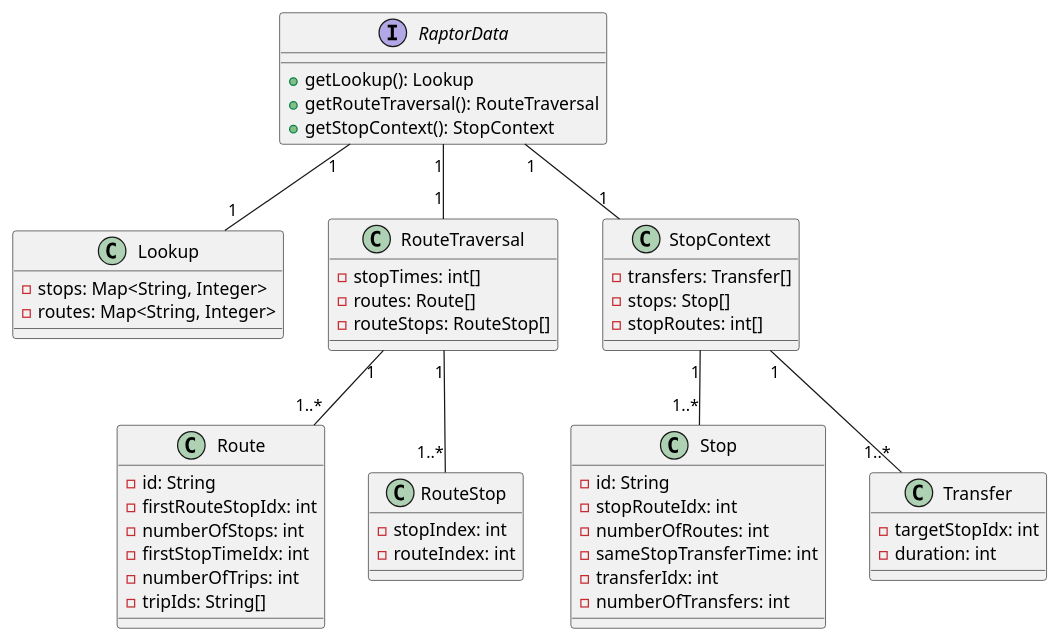
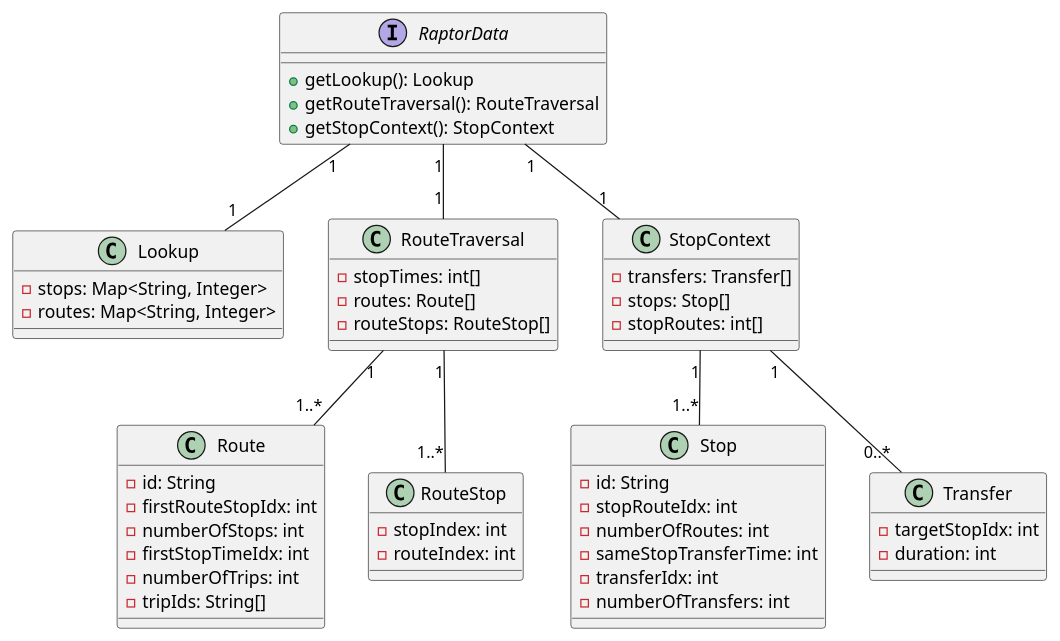
The first of 2 diagrams in Writerside/topics/simple-raptor.md (naviqore/documentation), drawn with PlantUML before and after one commit.

Commit message:
DOC: NAV-170 - Clarify that transfers can be of length 0 in class diagram.

````diff
--- a/Writerside/topics/simple-raptor.md
+++ b/Writerside/topics/simple-raptor.md
@@ -61,66 +61,66 @@
 ```plantuml
 @startuml
 
 interface RaptorData {
     + getLookup(): Lookup
     + getRouteTraversal(): RouteTraversal
     + getStopContext(): StopContext
 }
 
 class Lookup {
    - stops: Map<String, Integer>
    - routes: Map<String, Integer>
 }
 
 class RouteTraversal {
    - stopTimes: int[]
    - routes: Route[]
    - routeStops: RouteStop[]
 }
 
 class StopContext {
     - transfers: Transfer[]
     - stops: Stop[]
     - stopRoutes: int[]
 }
 
 
 class Route {
   - id: String
   - firstRouteStopIdx: int
   - numberOfStops: int
   - firstStopTimeIdx: int
   - numberOfTrips: int
   - tripIds: String[]
 }
 
 class RouteStop {
     - stopIndex: int
     - routeIndex: int
 }
 
 class Stop {
   - id: String
   - stopRouteIdx: int
   - numberOfRoutes: int
   - sameStopTransferTime: int
   - transferIdx: int
   - numberOfTransfers: int
 }
 
 class Transfer {
     - targetStopIdx: int
     - duration: int
 }
 
 RaptorData "1" -- "1" Lookup
 RaptorData "1" -- "1" RouteTraversal
 RaptorData "1" -- "1" StopContext
 
 RouteTraversal "1" -- "1..*" Route
 RouteTraversal "1" -- "1..*" RouteStop
 
 StopContext "1" -- "1..*" Stop
-StopContext "1" -- "1..*" Transfer
+StopContext "1" -- "0..*" Transfer
 @enduml
 ```
````
